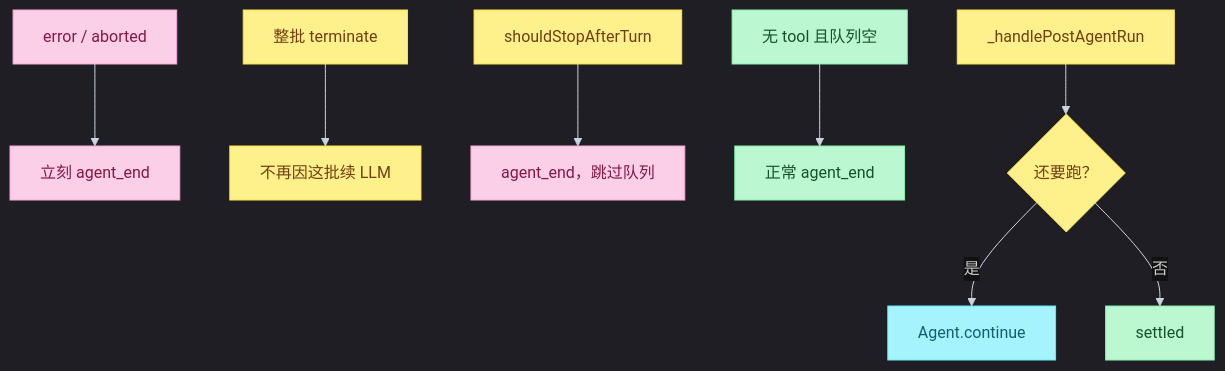
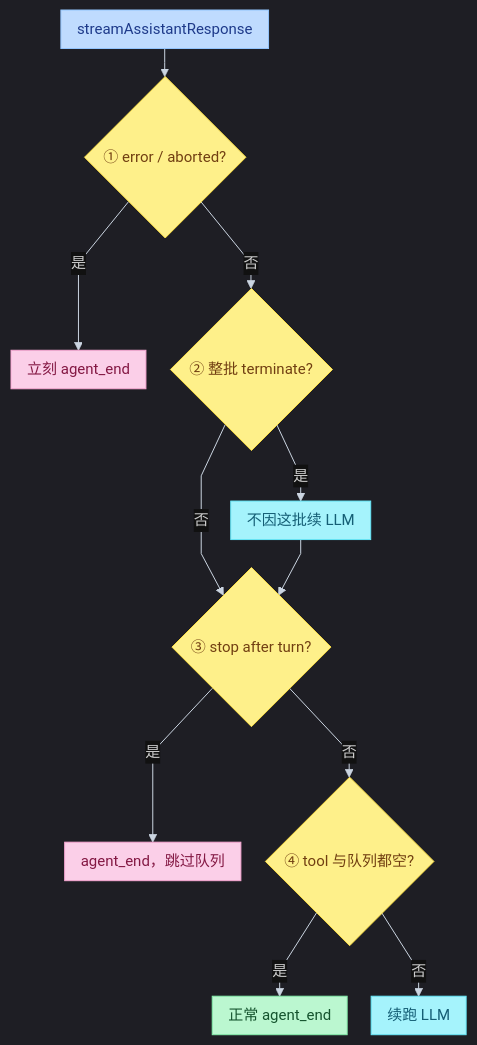
The eighth of 11 diagrams in 13-pi-agent/02-agent-loop.md (juliepy/AI-Engineer-from-scrach), drawn with Mermaid before and after one commit. The commit also changed other lines of this file and 2 other files, not shown here.

Commit message:
Clarify Pi agent-loop stop vs fallback and add mermaid drawing skill.

````diff
--- a/13-pi-agent/02-agent-loop.md
+++ b/13-pi-agent/02-agent-loop.md
@@ -454,21 +508,26 @@
 ```mermaid
-%%{init: {"theme": "dark", "themeVariables": {"fontSize": "16px", "background": "#000000", "lineColor": "#CBD5E1", "clusterBkg": "#111111", "clusterBorder": "#C4B5FD", "titleColor": "#FDE68A", "edgeLabelBackground": "#111111"}}}%%
-flowchart TD
-    A["error / aborted"] --> Z["立刻 agent_end"]
-    B["整批 terminate"] --> T["不再因这批续 LLM"]
-    C["shouldStopAfterTurn"] --> Z2["agent_end，跳过队列"]
-    D["无 tool 且队列空"] --> Z3["正常 agent_end"]
-    E["_handlePostAgentRun"] --> C2{"还要跑？"}
-    C2 -->|"是"| CONT["Agent.continue"]
-    C2 -->|"否"| IDLE["settled"]
+%%{init: {"theme": "dark", "flowchart": {"curve": "linear", "rankSpacing": 28, "nodeSpacing": 24, "padding": 8}, "themeVariables": {"fontSize": "15px", "background": "#000000", "lineColor": "#CBD5E1", "edgeLabelBackground": "#111111"}}}%%
+flowchart TB
+    MSG["streamAssistantResponse"] --> G1{"① error / aborted?"}
+    G1 -->|是| E1["立刻 agent_end"]
+    G1 -->|否| G2{"② 整批 terminate?"}
+    G2 -->|是| CUT["不因这批续 LLM"]
+    G2 -->|否| G3
+    CUT --> G3{"③ stop after turn?"}
+    G3 -->|是| E2["agent_end，跳过队列"]
+    G3 -->|否| G4{"④ tool 与队列都空?"}
+    G4 -->|是| E3["正常 agent_end"]
+    G4 -->|否| LOOP["续跑 LLM"]
 
+    classDef a fill:#BFDBFE,stroke:#93C5FD,color:#1E3A8A
+    classDef d fill:#FEF08A,stroke:#FDE047,color:#713F12
     classDef bad fill:#FBCFE8,stroke:#F9A8D4,color:#831843
-    classDef mid fill:#FEF08A,stroke:#FDE047,color:#713F12
+    classDef mid fill:#A5F3FC,stroke:#67E8F9,color:#155E75
     classDef ok fill:#BBF7D0,stroke:#86EFAC,color:#14532D
-    classDef core fill:#A5F3FC,stroke:#67E8F9,color:#155E75
 
-    class A,Z,Z2 bad
-    class B,T,C,E,C2 mid
-    class D,Z3,IDLE ok
-    class CONT core
+    class MSG a
+    class G1,G2,G3,G4 d
+    class E1,E2 bad
+    class CUT,LOOP mid
+    class E3 ok
 ```
````
